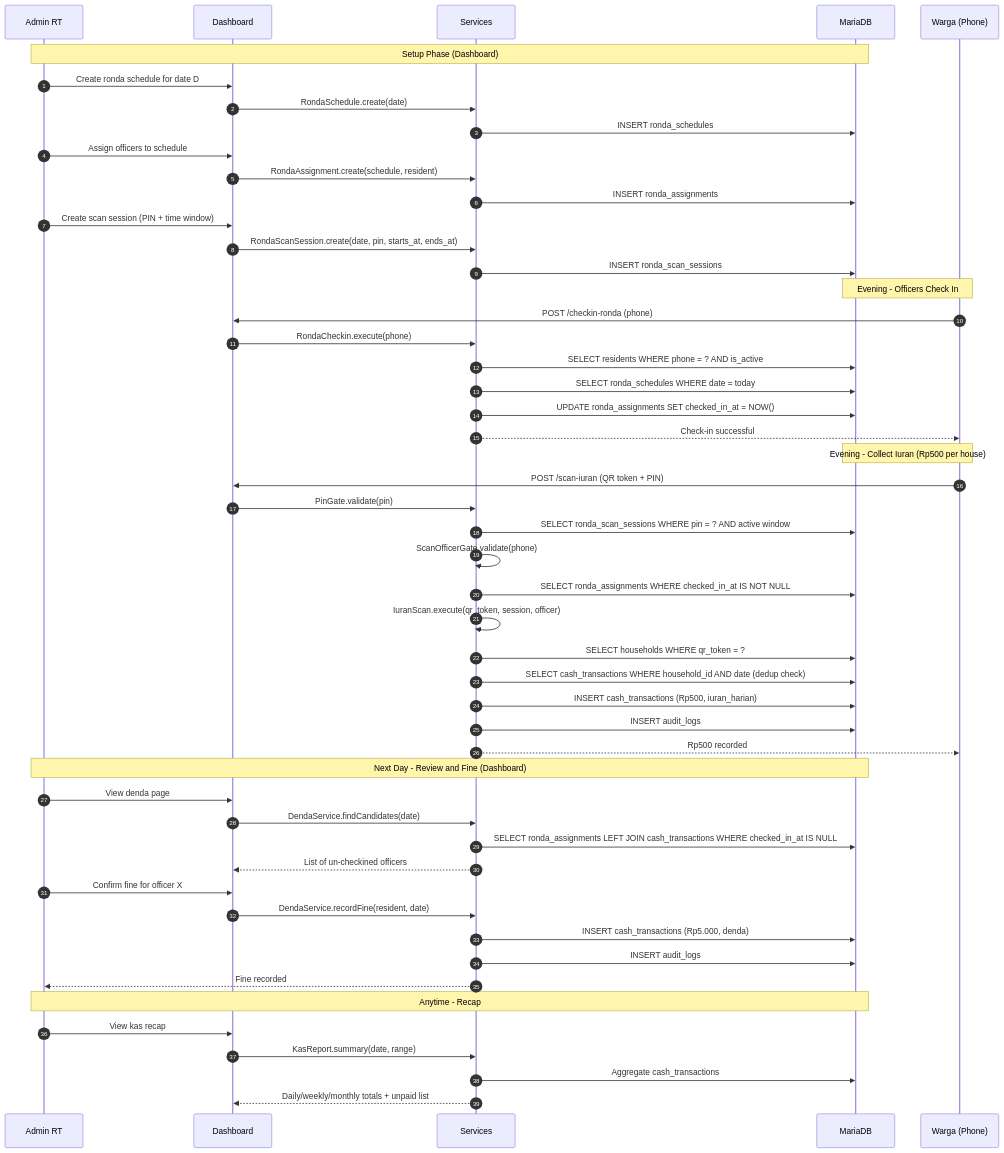
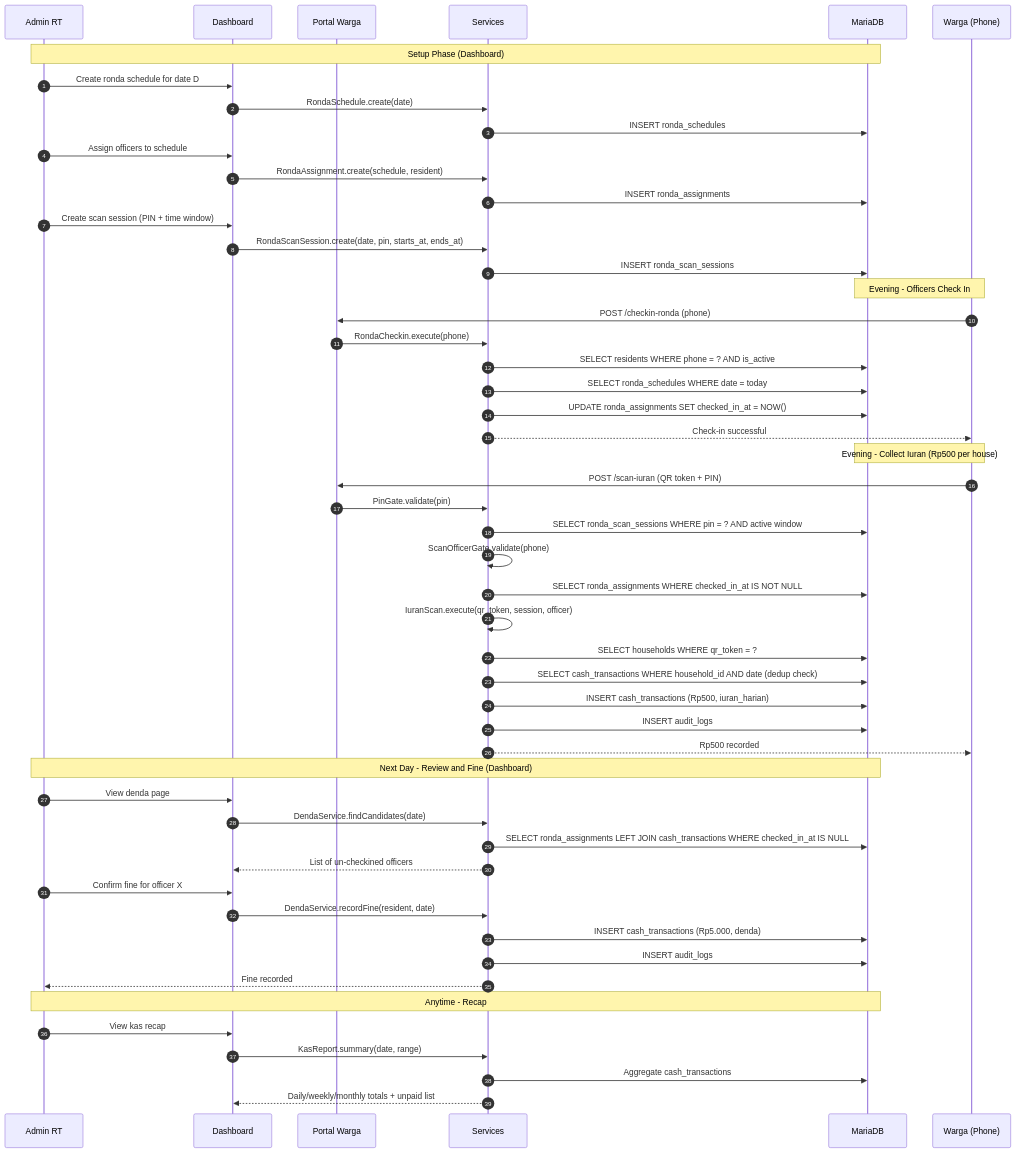
Before and after one commit to isenganim/Smart-RT: the third of 6 diagrams in docs/diagrams/ARCHITECTURE.md, drawn with Mermaid. The commit also changed other lines of this file and 5 other files, not shown here.

````diff
--- a/docs/diagrams/ARCHITECTURE.md
+++ b/docs/diagrams/ARCHITECTURE.md
@@ -310,65 +310,66 @@
 ```mermaid
 sequenceDiagram
     autonumber
     participant Admin as Admin RT
     participant Dashboard as Dashboard
+    participant Portal as Portal Warga
     participant Services as Services
     participant DB as MariaDB
     participant Warga as Warga (Phone)
 
     Note over Admin,DB: Setup Phase (Dashboard)
 
     Admin->>Dashboard: Create ronda schedule for date D
     Dashboard->>Services: RondaSchedule.create(date)
     Services->>DB: INSERT ronda_schedules
 
     Admin->>Dashboard: Assign officers to schedule
     Dashboard->>Services: RondaAssignment.create(schedule, resident)
     Services->>DB: INSERT ronda_assignments
 
     Admin->>Dashboard: Create scan session (PIN + time window)
     Dashboard->>Services: RondaScanSession.create(date, pin, starts_at, ends_at)
     Services->>DB: INSERT ronda_scan_sessions
 
     Note over Warga,DB: Evening - Officers Check In
 
-    Warga->>Dashboard: POST /checkin-ronda (phone)
-    Dashboard->>Services: RondaCheckin.execute(phone)
+    Warga->>Portal: POST /checkin-ronda (phone)
+    Portal->>Services: RondaCheckin.execute(phone)
     Services->>DB: SELECT residents WHERE phone = ? AND is_active
     Services->>DB: SELECT ronda_schedules WHERE date = today
     Services->>DB: UPDATE ronda_assignments SET checked_in_at = NOW()
     Services-->>Warga: Check-in successful
 
     Note over Warga,DB: Evening - Collect Iuran (Rp500 per house)
 
-    Warga->>Dashboard: POST /scan-iuran (QR token + PIN)
-    Dashboard->>Services: PinGate.validate(pin)
+    Warga->>Portal: POST /scan-iuran (QR token + PIN)
+    Portal->>Services: PinGate.validate(pin)
     Services->>DB: SELECT ronda_scan_sessions WHERE pin = ? AND active window
     Services->>Services: ScanOfficerGate.validate(phone)
     Services->>DB: SELECT ronda_assignments WHERE checked_in_at IS NOT NULL
     Services->>Services: IuranScan.execute(qr_token, session, officer)
     Services->>DB: SELECT households WHERE qr_token = ?
     Services->>DB: SELECT cash_transactions WHERE household_id AND date (dedup check)
     Services->>DB: INSERT cash_transactions (Rp500, iuran_harian)
     Services->>DB: INSERT audit_logs
     Services-->>Warga: Rp500 recorded
 
     Note over Admin,DB: Next Day - Review and Fine (Dashboard)
 
     Admin->>Dashboard: View denda page
     Dashboard->>Services: DendaService.findCandidates(date)
     Services->>DB: SELECT ronda_assignments LEFT JOIN cash_transactions WHERE checked_in_at IS NULL
     Services-->>Dashboard: List of un-checkined officers
     Admin->>Dashboard: Confirm fine for officer X
     Dashboard->>Services: DendaService.recordFine(resident, date)
     Services->>DB: INSERT cash_transactions (Rp5.000, denda)
     Services->>DB: INSERT audit_logs
     Services-->>Admin: Fine recorded
 
     Note over Admin,DB: Anytime - Recap
 
     Admin->>Dashboard: View kas recap
     Dashboard->>Services: KasReport.summary(date, range)
     Services->>DB: Aggregate cash_transactions
     Services-->>Dashboard: Daily/weekly/monthly totals + unpaid list
 ```
````
